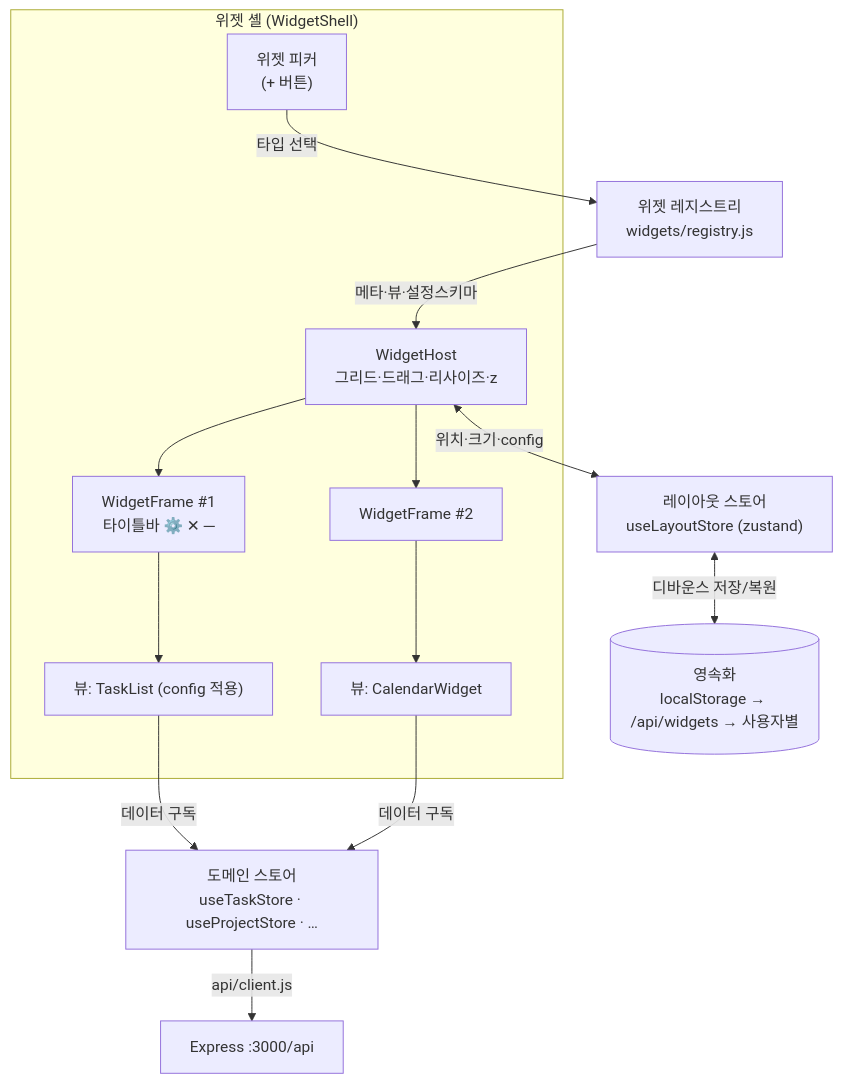
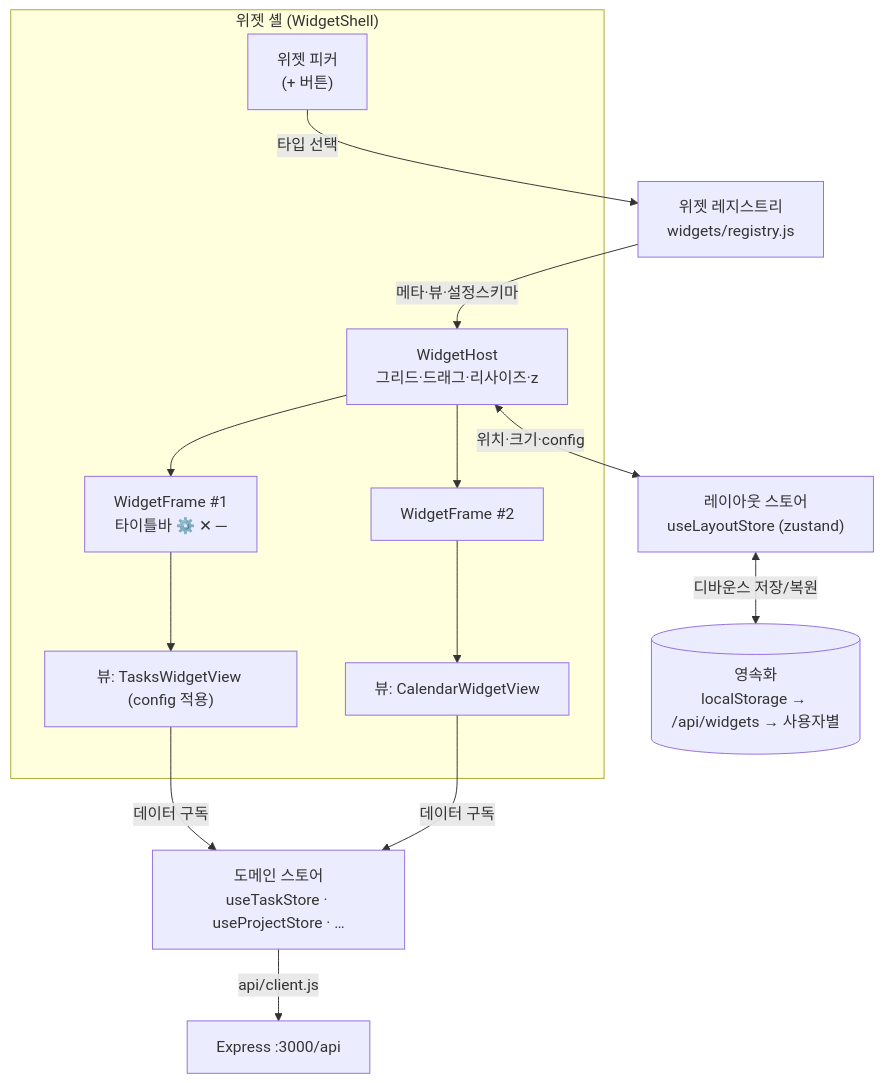
Before and after one commit to gamercross/my-setup-proj: the diagram in docs/product/vision/DASHBOARD_OS.md, drawn with Mermaid. The commit also changed 9 other files, not shown here.

First line of the commit message:
docs: 세션 문서 감사 — 다이어그램 정합 + C3~C5·3강의 드리프트 정정

````diff
--- a/docs/product/vision/DASHBOARD_OS.md
+++ b/docs/product/vision/DASHBOARD_OS.md
@@ -110,22 +110,22 @@
 ```mermaid
 flowchart TB
   subgraph SHELL["위젯 셸 (WidgetShell)"]
     HOST["WidgetHost<br/>그리드·드래그·리사이즈·z"]
     PICKER["위젯 피커<br/>(+ 버튼)"]
     HOST --> WF1["WidgetFrame #1<br/>타이틀바 ⚙️ ✕ ─"]
     HOST --> WF2["WidgetFrame #2"]
-    WF1 --> V1["뷰: TaskList (config 적용)"]
-    WF2 --> V2["뷰: CalendarWidget"]
+    WF1 --> V1["뷰: TasksWidgetView (config 적용)"]
+    WF2 --> V2["뷰: CalendarWidgetView"]
   end
   REG["위젯 레지스트리<br/>widgets/registry.js"]
   LAYOUT["레이아웃 스토어<br/>useLayoutStore (zustand)"]
   PERSIST[("영속화<br/>localStorage → /api/widgets → 사용자별")]
   STORES["도메인 스토어<br/>useTaskStore · useProjectStore · …"]
 
   PICKER -->|타입 선택| REG
   REG -->|메타·뷰·설정스키마| HOST
   HOST <-->|위치·크기·config| LAYOUT
   LAYOUT <-->|디바운스 저장/복원| PERSIST
   V1 & V2 -->|데이터 구독| STORES
   STORES -->|api/client.js| BE["Express :3000/api"]
 ```
````
